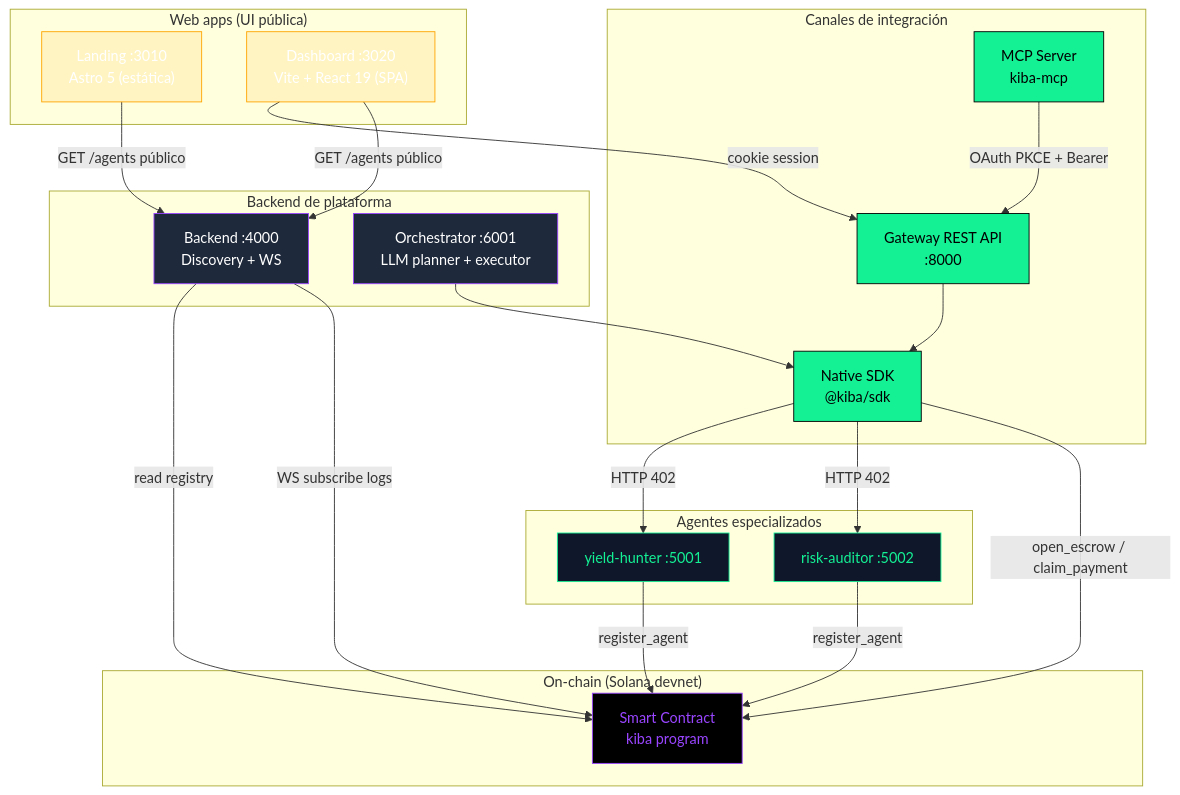
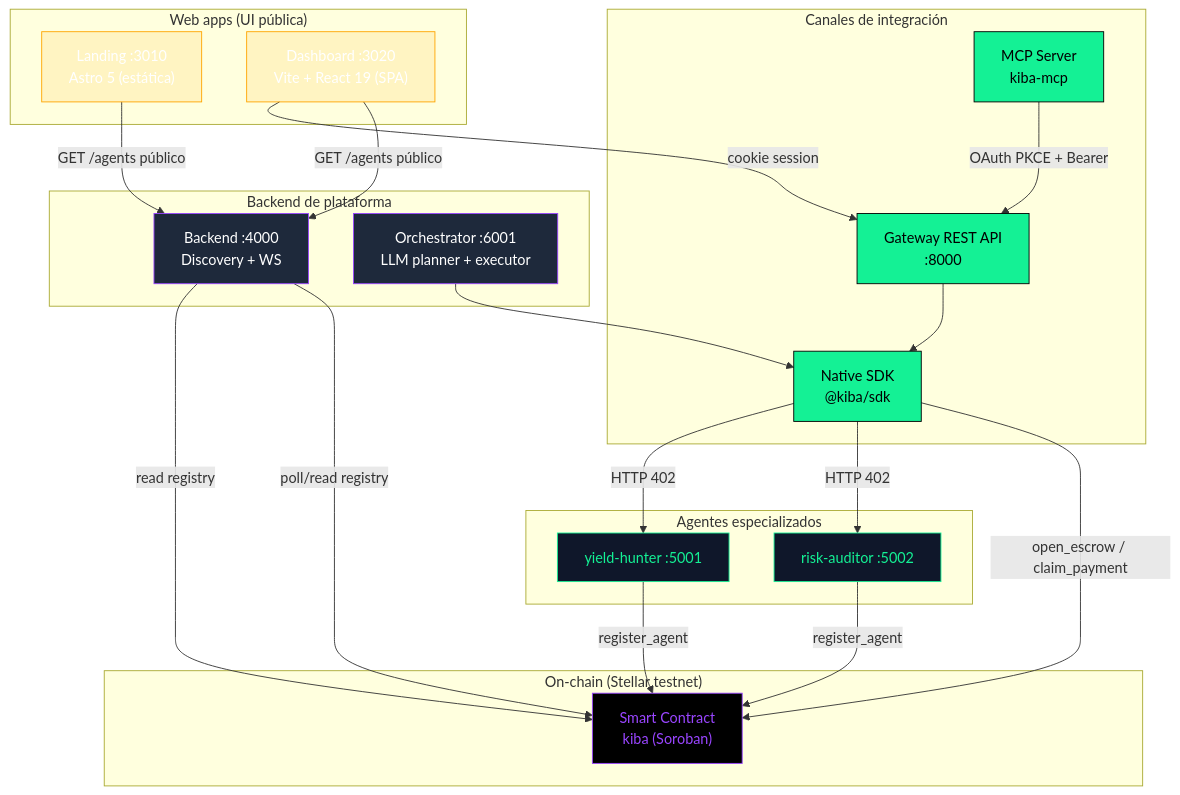
The first of 11 diagrams in docs/architecture.md (CoKeFish/kiba), drawn with Mermaid before and after one commit. The commit also changed other lines of this file and 52 other files, not shown here.

First line of the commit message:
docs+assets: Stellar/Soroban README & architecture + kiba raster

````diff
--- a/docs/architecture.md
+++ b/docs/architecture.md
@@ -12,54 +12,54 @@
 ```mermaid
 graph TB
     subgraph web["Web apps (UI pública)"]
         LAND["Landing :3010<br/>Astro 5 (estática)"]
         DASH["Dashboard :3020<br/>Vite + React 19 (SPA)"]
     end
 
     subgraph access["Canales de integración"]
         SDK["Native SDK<br/>@kiba/sdk"]
         GW["Gateway REST API<br/>:8000"]
         MCP["MCP Server<br/>kiba-mcp"]
     end
 
     subgraph core["Backend de plataforma"]
         BE["Backend :4000<br/>Discovery + WS"]
         ORCH["Orchestrator :6001<br/>LLM planner + executor"]
     end
 
     subgraph agents["Agentes especializados"]
         A1["yield-hunter :5001"]
         A2["risk-auditor :5002"]
     end
 
-    subgraph chain["On-chain (Solana devnet)"]
-        SC["Smart Contract<br/>kiba program"]
+    subgraph chain["On-chain (Stellar testnet)"]
+        SC["Smart Contract<br/>kiba (Soroban)"]
     end
 
     LAND -->|GET /agents público| BE
     DASH -->|cookie session| GW
     DASH -->|GET /agents público| BE
     MCP -->|OAuth PKCE + Bearer| GW
     GW --> SDK
     ORCH --> SDK
 
     SDK -->|HTTP 402| A1
     SDK -->|HTTP 402| A2
     SDK -->|open_escrow / claim_payment| SC
     BE -->|read registry| SC
-    BE -->|WS subscribe logs| SC
+    BE -->|poll/read registry| SC
     A1 -->|register_agent| SC
     A2 -->|register_agent| SC
 
     classDef webStyle fill:#FFA50020,stroke:#FFA500,color:#fff
     classDef accessStyle fill:#14F195,stroke:#000,color:#000
     classDef coreStyle fill:#1e293b,stroke:#9945FF,color:#fff
     classDef agentStyle fill:#0f172a,stroke:#14F195,color:#14F195
     classDef chainStyle fill:#000,stroke:#9945FF,color:#9945FF
 
     class LAND,DASH webStyle
     class SDK,GW,MCP accessStyle
     class BE,ORCH coreStyle
     class A1,A2 agentStyle
     class SC chainStyle
 ```
````
